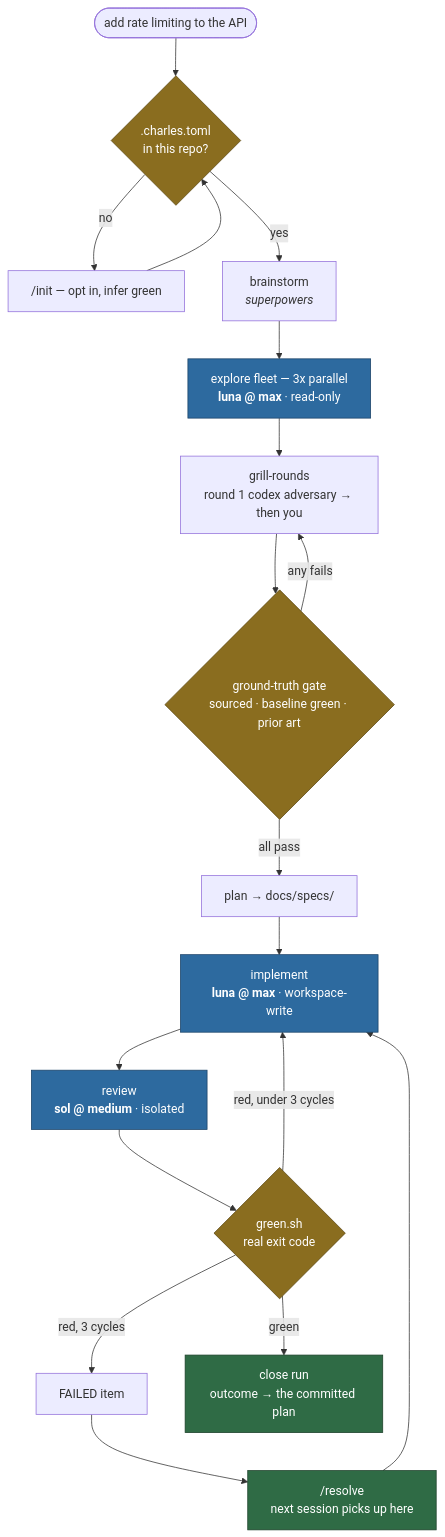
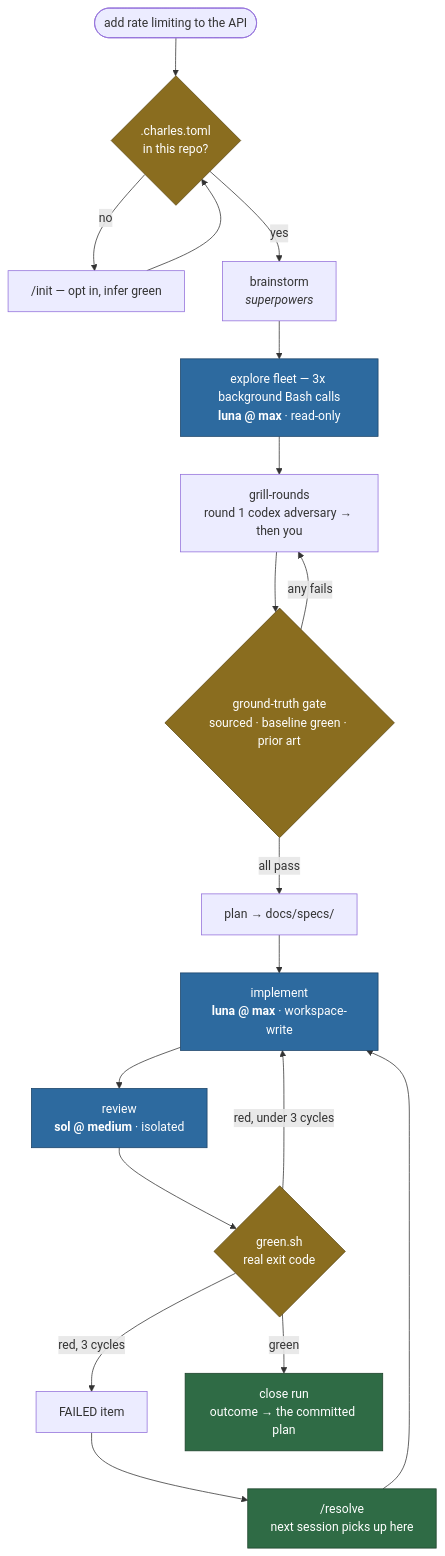
Before and after one commit to charlesdr13/charlesdr-dev-loop: the first of 2 diagrams in README.md, drawn with Mermaid. The commit also changed other lines of this file and 22 other files, not shown here.

First line of the commit message:
Dispatch lanes directly via background Bash; harden dispatch identity

````diff
--- a/README.md
+++ b/README.md
@@ -21,31 +21,31 @@
 ```mermaid
 flowchart TD
     REQ(["add rate limiting to the API"]) --> GATE{".charles.toml<br/>in this repo?"}
     GATE -->|no| INIT["/init — opt in, infer green"]
     INIT --> GATE
     GATE -->|yes| BRAIN["brainstorm<br/><i>superpowers</i>"]
 
-    BRAIN --> EXP["explore fleet — 3x parallel<br/><b>luna @ max</b> · read-only"]
+    BRAIN --> EXP["explore fleet — 3x background Bash calls<br/><b>luna @ max</b> · read-only"]
     EXP --> GRILL["grill-rounds<br/>round 1 codex adversary → then you"]
     GRILL --> TRUTH{"ground-truth gate<br/>sourced · baseline green · prior art"}
     TRUTH -->|any fails| GRILL
     TRUTH -->|all pass| PLAN["plan → docs/specs/"]
 
     PLAN --> IMPL["implement<br/><b>luna @ max</b> · workspace-write"]
     IMPL --> REV["review<br/><b>sol @ medium</b> · isolated"]
     REV --> GREEN{"green.sh<br/>real exit code"}
 
     GREEN -->|"red, under 3 cycles"| IMPL
     GREEN -->|"red, 3 cycles"| FAILED["FAILED item"]
     GREEN -->|green| CLOSE["close run<br/>outcome → the committed plan"]
 
     FAILED --> RESOLVE["/resolve<br/>next session picks up here"]
     RESOLVE --> IMPL
 
     classDef lane fill:#2d6a9f,stroke:#1b4368,color:#fff
     classDef gate fill:#8a6d1f,stroke:#5c4813,color:#fff
     classDef term fill:#2f6b45,stroke:#1c4029,color:#fff
     class EXP,IMPL,REV lane
     class GATE,TRUTH,GREEN gate
     class CLOSE,RESOLVE term
 ```
````
